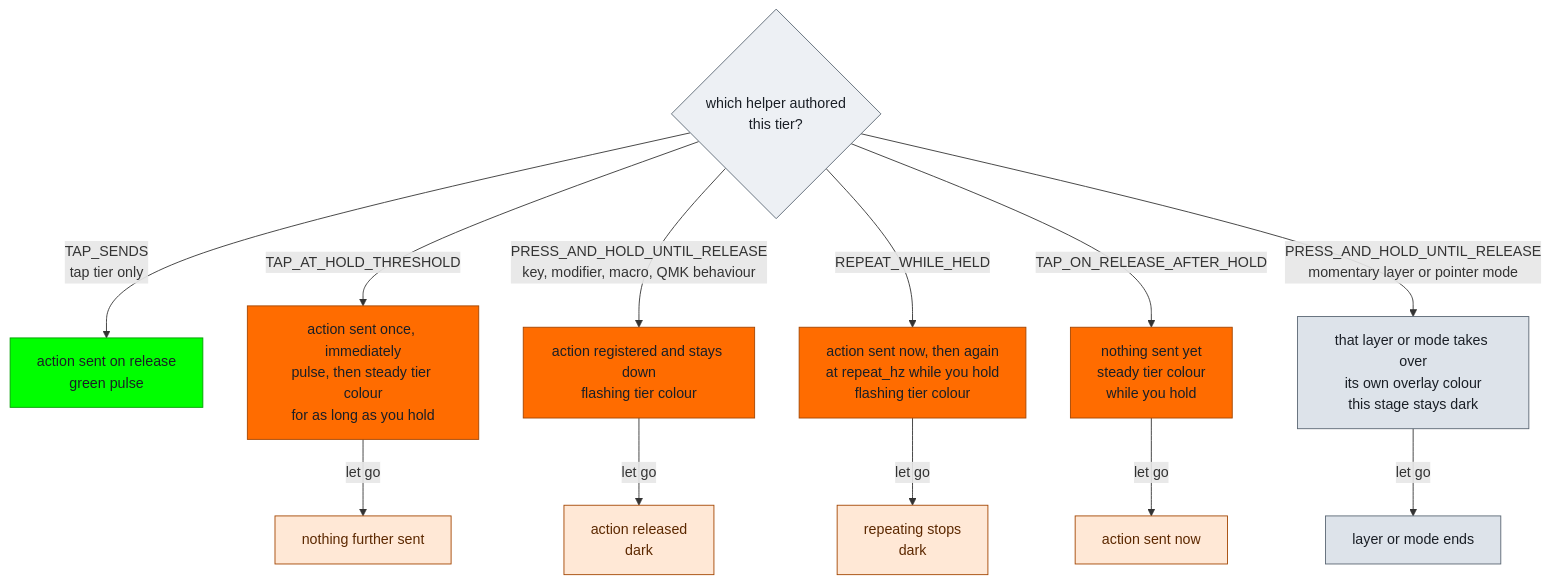
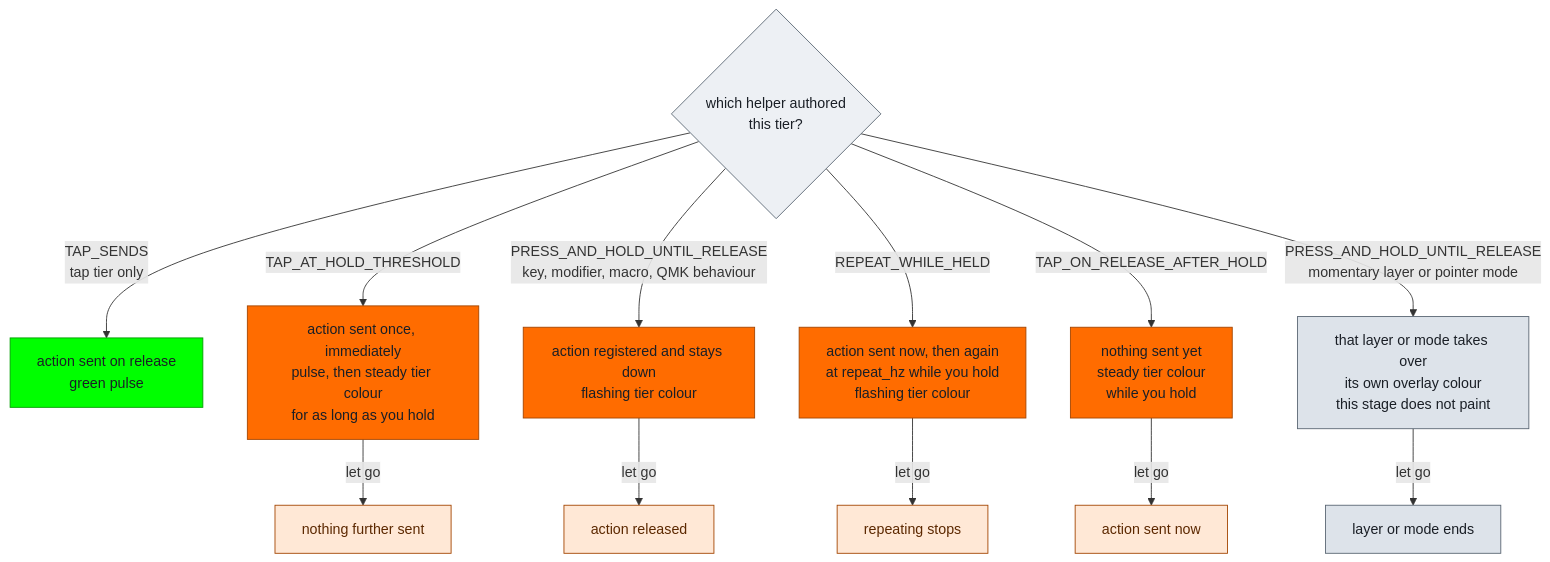
The fifth of 5 diagrams in docs/rgbflow.md (NoahCLR/charybdis-4x6), drawn with Mermaid before and after one commit. The commit also changed other lines of this file and 1 other file, not shown here.

````diff
--- a/docs/rgbflow.md
+++ b/docs/rgbflow.md
@@ -107,34 +197,34 @@
 ```mermaid
 flowchart TD
     T{"which helper authored<br>this tier?"}
 
     T -->|"TAP_SENDS<br>tap tier only"| S1["action sent on release<br>green pulse"]
 
     T -->|"TAP_AT_HOLD_THRESHOLD"| A1["action sent once, immediately<br>pulse, then steady tier colour<br>for as long as you hold"]
     A1 -->|"let go"| A2["nothing further sent"]
 
     T -->|"PRESS_AND_HOLD_UNTIL_RELEASE<br>key, modifier, macro, QMK behaviour"| B1["action registered and stays down<br>flashing tier colour"]
-    B1 -->|"let go"| B2["action released<br>dark"]
+    B1 -->|"let go"| B2["action released"]
 
     T -->|"REPEAT_WHILE_HELD"| D1["action sent now, then again<br>at repeat_hz while you hold<br>flashing tier colour"]
-    D1 -->|"let go"| D2["repeating stops<br>dark"]
+    D1 -->|"let go"| D2["repeating stops"]
 
     T -->|"TAP_ON_RELEASE_AFTER_HOLD"| E1["nothing sent yet<br>steady tier colour<br>while you hold"]
     E1 -->|"let go"| E2["action sent now"]
 
-    T -->|"PRESS_AND_HOLD_UNTIL_RELEASE<br>momentary layer or pointer mode"| C1["that layer or mode takes over<br>its own overlay colour<br>this stage stays dark"]
+    T -->|"PRESS_AND_HOLD_UNTIL_RELEASE<br>momentary layer or pointer mode"| C1["that layer or mode takes over<br>its own overlay colour<br>this stage does not paint"]
     C1 -->|"let go"| C2["layer or mode ends"]
 
     style T fill:#EDF0F4,stroke:#5A6673,color:#1A1F26
     style S1 fill:#00FF00,stroke:#009E00,color:#1A1F26
     style A1 fill:#FF6C00,stroke:#A34500,color:#1A1F26
     style B1 fill:#FF6C00,stroke:#A34500,color:#1A1F26
     style D1 fill:#FF6C00,stroke:#A34500,color:#1A1F26
     style E1 fill:#FF6C00,stroke:#A34500,color:#1A1F26
     style C1 fill:#DDE3EA,stroke:#5A6673,color:#1A1F26
     style A2 fill:#FFE8D6,stroke:#A34500,color:#5C2800
     style B2 fill:#FFE8D6,stroke:#A34500,color:#5C2800
     style D2 fill:#FFE8D6,stroke:#A34500,color:#5C2800
     style E2 fill:#FFE8D6,stroke:#A34500,color:#5C2800
     style C2 fill:#DDE3EA,stroke:#5A6673,color:#1A1F26
 ```
````
